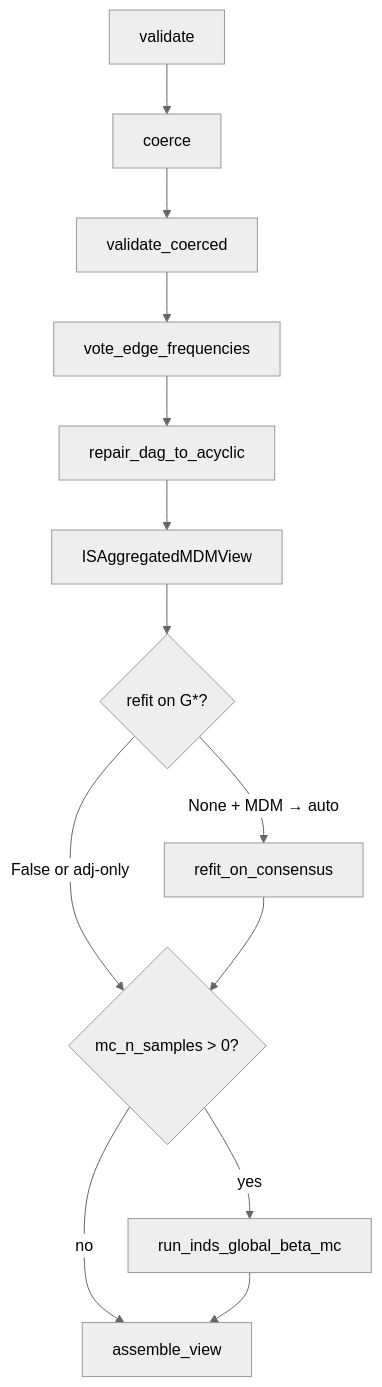
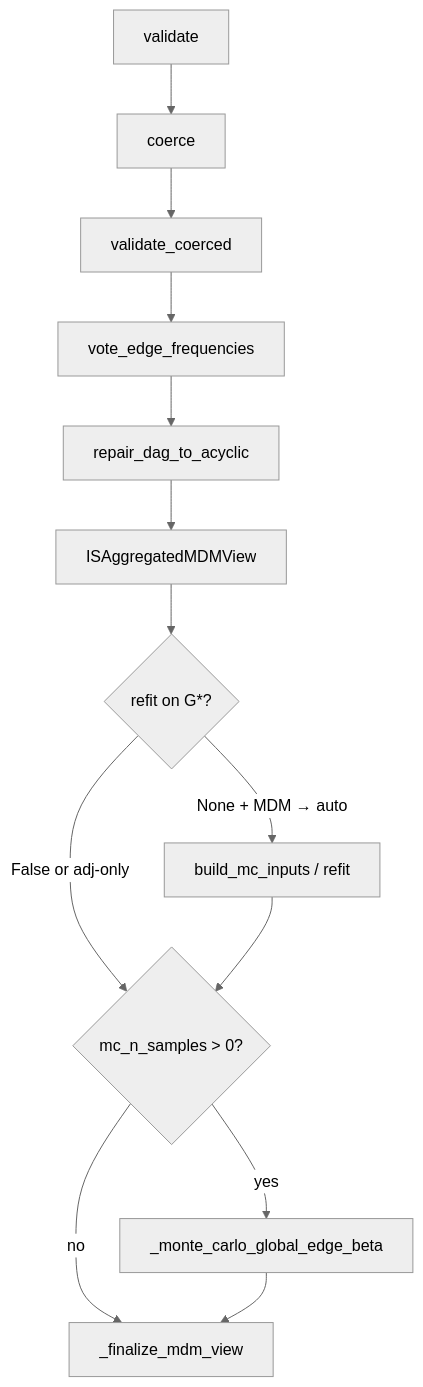
Before and after one commit to maods2/mdmp: the first of 5 diagrams in mdmp/group_analysis/inds/aggregation_diagrams.md, drawn with Mermaid (neutral theme). The commit also changed other lines of this file and 16 other files, not shown here.

````diff
--- a/mdmp/group_analysis/inds/aggregation_diagrams.md
+++ b/mdmp/group_analysis/inds/aggregation_diagrams.md
@@ -30,15 +30,15 @@
 ```mermaid
 flowchart TD
   V[validate] --> C[coerce]
   C --> VC[validate_coerced]
   VC --> Vote[vote_edge_frequencies]
   Vote --> Repair[repair_dag_to_acyclic]
   Repair --> View[ISAggregatedMDMView]
   View --> Refit{refit on G*?}
-  Refit -->|"None + MDM → auto"| R[refit_on_consensus]
+  Refit -->|"None + MDM → auto"| R[build_mc_inputs / refit]
   Refit -->|False or adj-only| MCgate{mc_n_samples > 0?}
   R --> MCgate
-  MCgate -->|yes| MC[run_inds_global_beta_mc]
-  MCgate -->|no| Asm[assemble_view]
-  MC --> Asm
+  MCgate -->|yes| MC[_monte_carlo_global_edge_beta]
+  MCgate -->|no| Filt[_finalize_mdm_view]
+  MC --> Filt
 ```
````
